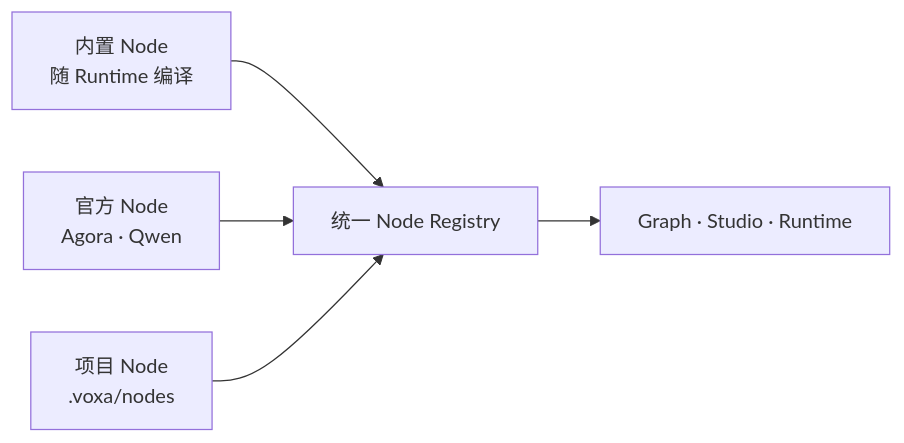
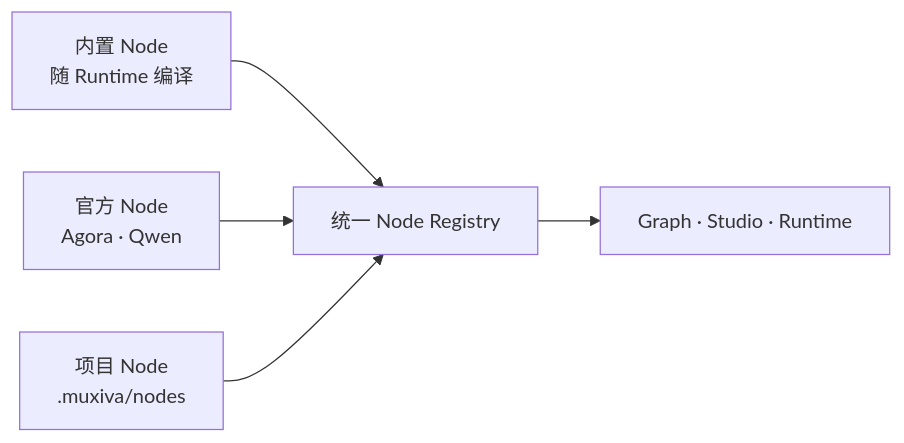
Before and after one commit to PiyotaHu/Voxa: the diagram in docs/site/zh/provider-architecture.md, drawn with Mermaid. The commit also changed other lines of this file and 509 other files, not shown here.

````diff
--- a/docs/site/zh/provider-architecture.md
+++ b/docs/site/zh/provider-architecture.md
@@ -7,7 +7,7 @@
 ```mermaid
 flowchart LR
   B["内置 Node<br/>随 Runtime 编译"] --> R["统一 Node Registry"]
   O["官方 Node<br/>Agora · Qwen"] --> R
-  P["项目 Node<br/>.voxa/nodes"] --> R
+  P["项目 Node<br/>.muxiva/nodes"] --> R
   R --> G["Graph · Studio · Runtime"]
 ```
````
